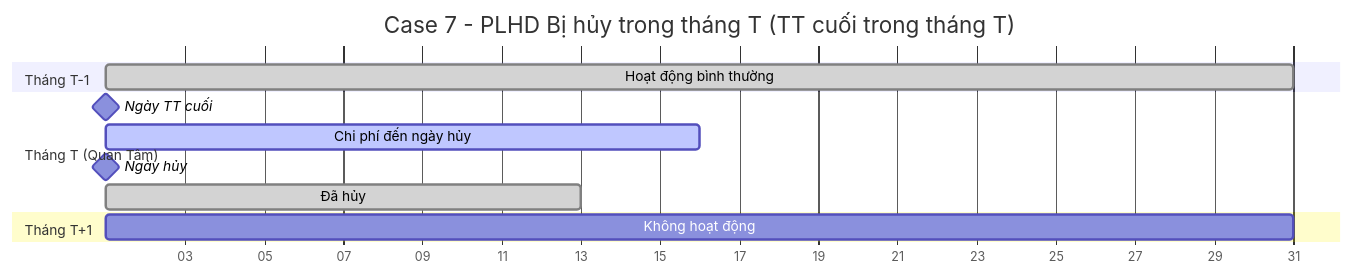
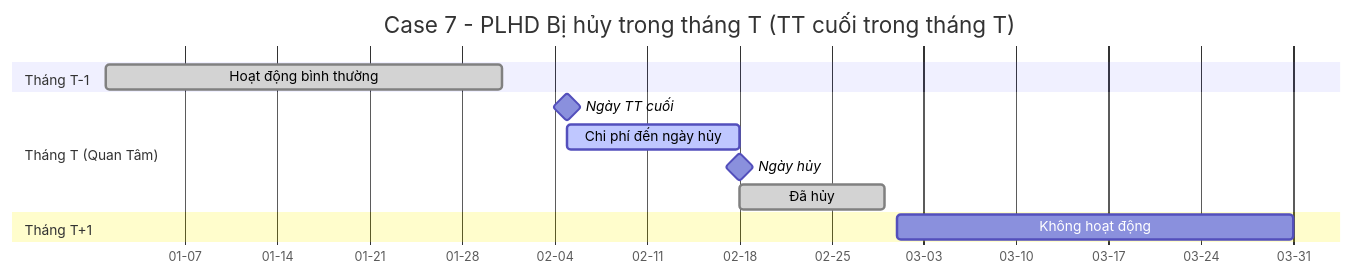
The eighth of 9 diagrams in description_v2.md (gvkth/qlbts_analyze_2o2adj-), drawn with Mermaid before and after one commit. The commit also changed other lines of this file, not shown here.

Commit message:
Update date formats and milestones in Gantt charts

````diff
--- a/description_v2.md
+++ b/description_v2.md
@@ -254,18 +254,18 @@
 ```mermaid
 gantt
     title Case 7 - PLHD Bị hủy trong tháng T (TT cuối trong tháng T)
-    dateFormat X
-    axisFormat %d
+    dateFormat YYYY-MM-DD
+    axisFormat %m-%d
     
     section Tháng T-1
-    Hoạt động bình thường    :done, prev-month, 1, 30d
+    Hoạt động bình thường    :done, prev-month, 2024-01-01, 2024-01-31
     
     section Tháng T (Quan Tâm)
-    Ngày TT cuối            :milestone, payment-date, 35, 0d
-    Chi phí đến ngày hủy    :active, cost-period, 35, 15d
-    Ngày hủy                :milestone, cancel-date, 50, 0d
-    Đã hủy                  :done, cancelled, 50, 12d
+    Ngày TT cuối            :milestone, payment-date, 2024-02-05, 0d
+    Chi phí đến ngày hủy    :active, cost-period, 2024-02-05, 2024-02-18
+    Ngày hủy                :milestone, cancel-date, 2024-02-18, 0d
+    Đã hủy                  :done, cancelled, 2024-02-18, 2024-02-29
     
     section Tháng T+1
-    Không hoạt động         :cancelled-inactive, 63, 30d
+    Không hoạt động         :cancelled-inactive, 2024-03-01, 2024-03-31
 ```
````
